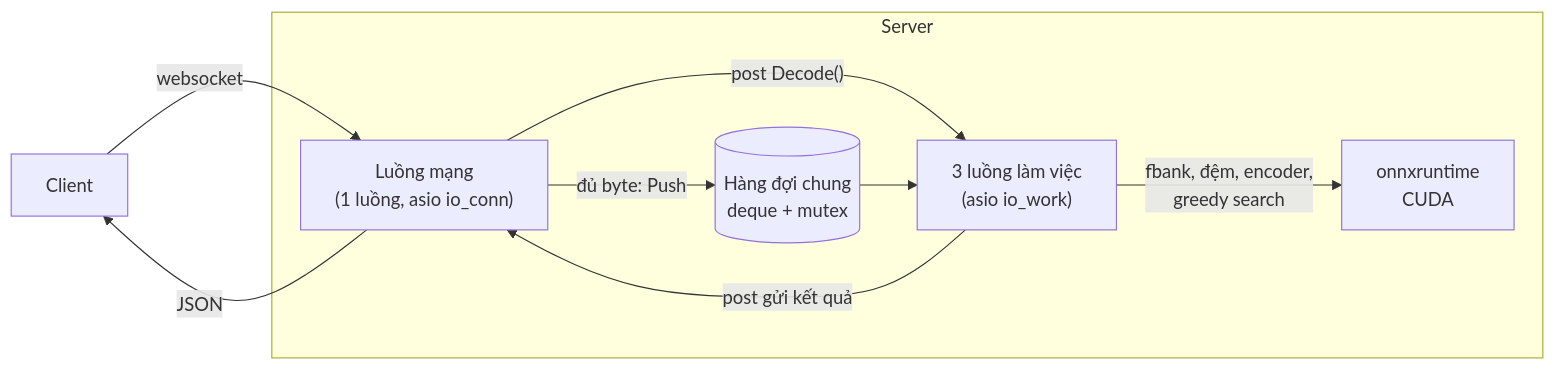
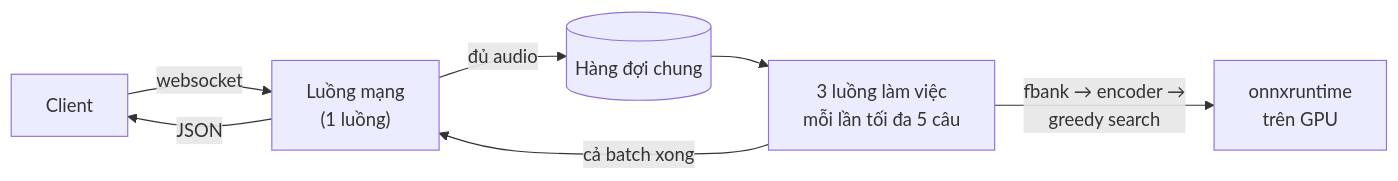
One commit to dotieuthien/zipformer-asr-lite changed the diagram in PHASE1.md. Above: the diagram before and after it, drawn with Mermaid. The commit also changed other lines of this file and 2 other files, not shown here.

````diff
--- a/PHASE1.md
+++ b/PHASE1.md
@@ -21,12 +16,9 @@
 ```mermaid
 flowchart LR
-    C[Client] -- websocket --> IO
-    subgraph Server
-        IO["Luồng mạng<br/>(1 luồng, asio io_conn)"] -- "đủ byte: Push" --> Q[("Hàng đợi chung<br/>deque + mutex")]
-        IO -- "post Decode()" --> W
-        Q --> W["3 luồng làm việc<br/>(asio io_work)"]
-        W -- "fbank, đệm, encoder,<br/>greedy search" --> ORT["onnxruntime<br/>CUDA"]
-        W -- "post gửi kết quả" --> IO
-    end
+    C[Client] -- websocket --> IO["Luồng mạng<br/>(1 luồng)"]
+    IO -- "đủ audio" --> Q[("Hàng đợi chung")]
+    Q --> W["3 luồng làm việc<br/>mỗi lần tối đa 5 câu"]
+    W -- "fbank → encoder →<br/>greedy search" --> GPU["onnxruntime<br/>trên GPU"]
+    W -- "cả batch xong" --> IO
     IO -- "JSON" --> C
 ```
````
